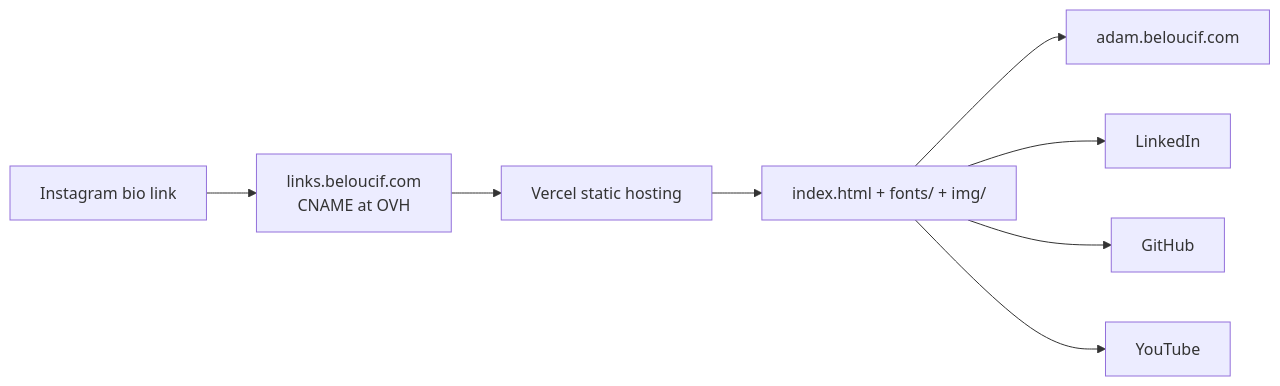
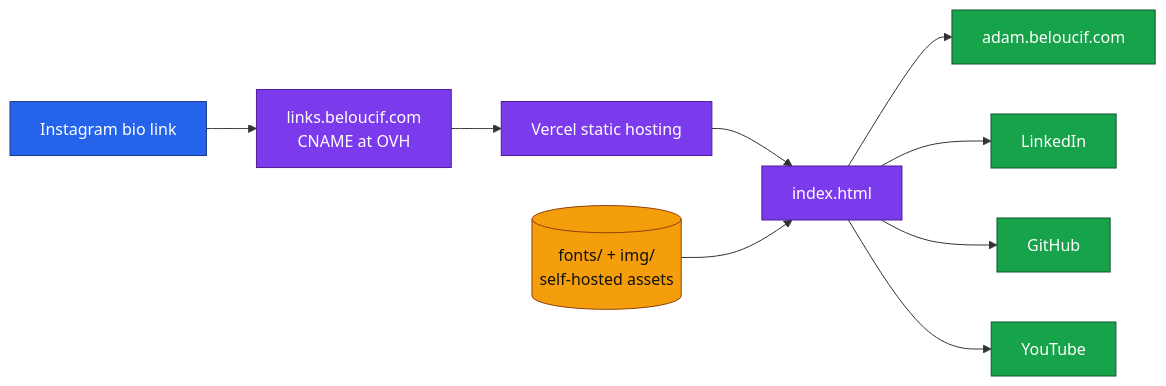
The diagram in README.md (Adam-Blf/adam-links), drawn with Mermaid before and after one commit. The commit also changed other lines of this file and 4 other files, not shown here.

````diff
--- a/README.md
+++ b/README.md
@@ -15,10 +22,21 @@
 ```mermaid
 flowchart LR
-  IG[Instagram bio link] --> DNS[links.beloucif.com<br/>CNAME at OVH]
-  DNS --> V[Vercel static hosting]
-  V --> P[index.html + fonts/ + img/]
-  P --> L1[adam.beloucif.com]
-  P --> L2[LinkedIn]
-  P --> L3[GitHub]
-  P --> L4[YouTube]
+  IG["Instagram bio link"] --> DNS["links.beloucif.com<br/>CNAME at OVH"]
+  DNS --> V["Vercel static hosting"]
+  V --> P["index.html"]
+  A[("fonts/ + img/<br/>self-hosted assets")] --> P
+  P --> L1["adam.beloucif.com"]
+  P --> L2["LinkedIn"]
+  P --> L3["GitHub"]
+  P --> L4["YouTube"]
+
+  classDef input fill:#2563eb,stroke:#1e3a8a,color:#fff
+  classDef process fill:#7c3aed,stroke:#4c1d95,color:#fff
+  classDef store fill:#f59e0b,stroke:#92400e,color:#111
+  classDef ok fill:#16a34a,stroke:#14532d,color:#fff
+  classDef error fill:#dc2626,stroke:#7f1d1d,color:#fff
+  class IG input
+  class DNS,V,P process
+  class A store
+  class L1,L2,L3,L4 ok
 ```
````
